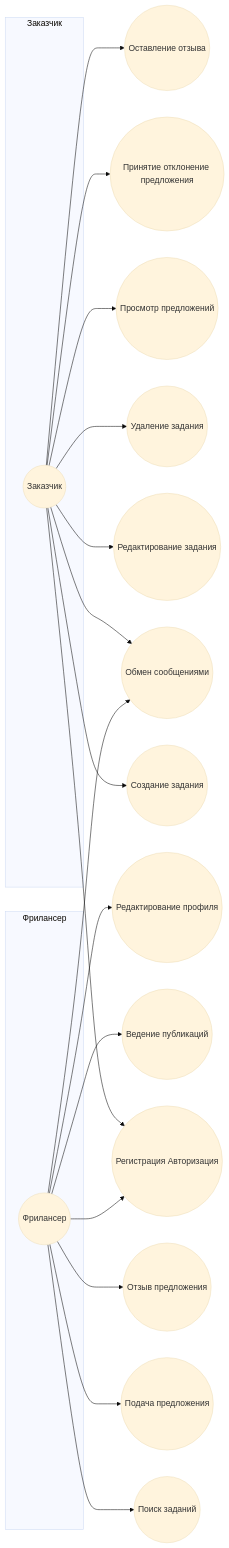
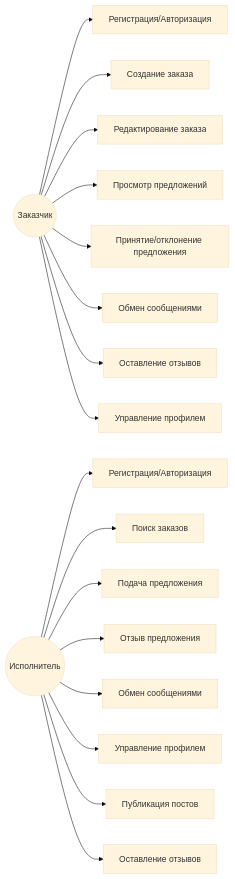
Before and after one commit to ksenomin/Synq: the diagram in explanatory_note_assets/diagram_usecase.mmd, drawn with Mermaid (base theme). The commit also changed 26 other files, not shown here.

```diff
--- a/explanatory_note_assets/diagram_usecase.mmd
+++ b/explanatory_note_assets/diagram_usecase.mmd
@@ -1,22 +1,17 @@
 graph LR
-  subgraph Заказчик
-    C((Заказчик))
-  end
-  subgraph Фрилансер
-    F((Фрилансер))
-  end
-  C --> UC1((Регистрация Авторизация))
-  F --> UC1
-  C --> UC2((Создание задания))
-  C --> UC3((Редактирование задания))
-  C --> UC4((Удаление задания))
-  C --> UC5((Просмотр предложений))
-  C --> UC6((Принятие отклонение предложения))
-  C --> UC7((Обмен сообщениями))
-  C --> UC8((Оставление отзыва))
-  F --> UC9((Поиск заданий))
-  F --> UC10((Подача предложения))
-  F --> UC11((Отзыв предложения))
-  F --> UC7
-  F --> UC12((Ведение публикаций))
-  F --> UC13((Редактирование профиля))
+    Client((Заказчик)) --> C1[Регистрация/Авторизация]
+    Client --> C2[Создание заказа]
+    Client --> C3[Редактирование заказа]
+    Client --> C4[Просмотр предложений]
+    Client --> C5[Принятие/отклонение предложения]
+    Client --> C6[Обмен сообщениями]
+    Client --> C7[Оставление отзывов]
+    Client --> C8[Управление профилем]
+    Freelancer((Исполнитель)) --> F1[Регистрация/Авторизация]
+    Freelancer --> F2[Поиск заказов]
+    Freelancer --> F3[Подача предложения]
+    Freelancer --> F4[Отзыв предложения]
+    Freelancer --> F5[Обмен сообщениями]
+    Freelancer --> F6[Управление профилем]
+    Freelancer --> F7[Публикация постов]
+    Freelancer --> F8[Оставление отзывов]
```
